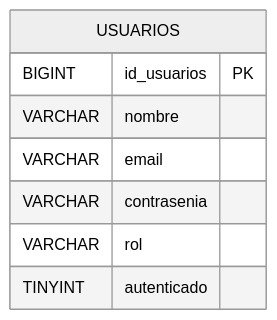
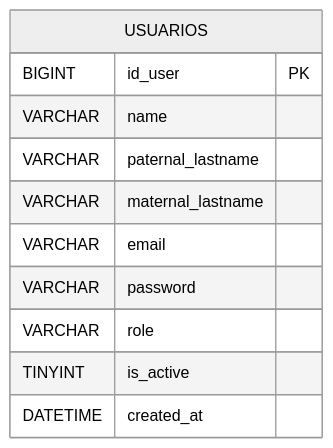
One commit to Dan-Bernardino/user-service changed the diagram in README.md. Above: the diagram before and after it, drawn with Mermaid (neutral theme). The commit also changed other lines of this file and 19 other files, not shown here.

````diff
--- a/README.md
+++ b/README.md
@@ -45,12 +47,15 @@
 ```mermaid
 erDiagram
 
     USUARIOS {
-        BIGINT id_usuarios PK
-        VARCHAR nombre
+        BIGINT id_user PK
+        VARCHAR name
+        VARCHAR paternal_lastname
+        VARCHAR maternal_lastname
         VARCHAR email
-        VARCHAR contrasenia
-        VARCHAR rol
-        TINYINT autenticado
+        VARCHAR password
+        VARCHAR role
+        TINYINT is_active
+        DATETIME created_at
     }
 ```
````
